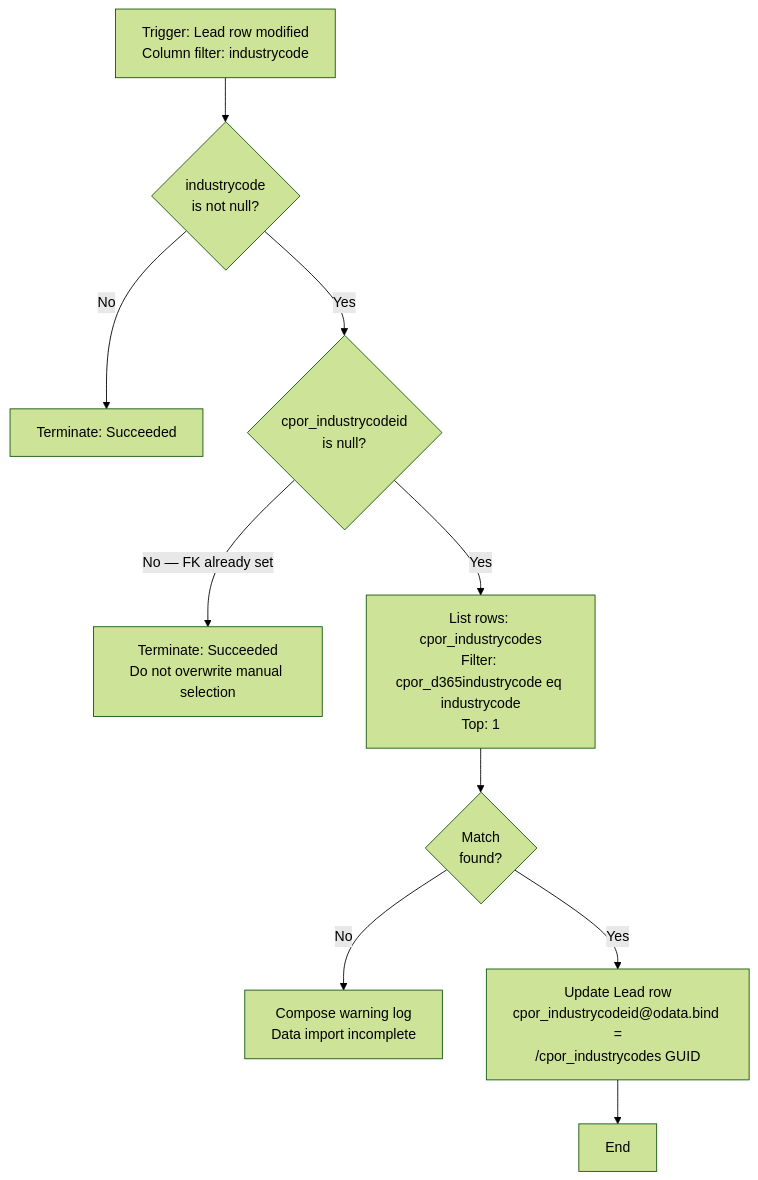
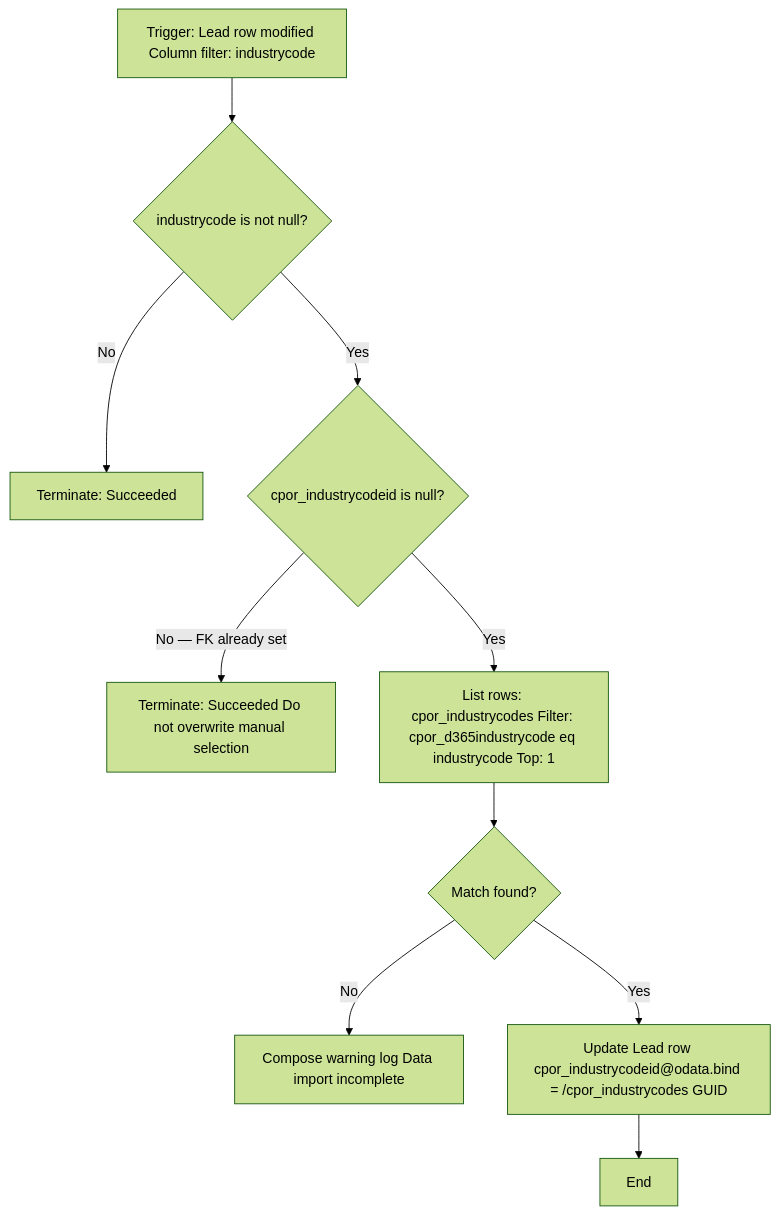
Before and after one commit to enewbold-devops/CPOR-Industry-Engagement: diagram 14 of 23 in README.md, drawn with Mermaid (forest theme). The commit also changed other lines of this file, not shown here.

````diff
--- a/README.md
+++ b/README.md
@@ -729,12 +735,12 @@
 ```mermaid
 flowchart TD
-    T[Trigger: Lead row modified\nColumn filter: industrycode] --> C1{industrycode\nis not null?}
+    T[Trigger: Lead row modified Column filter: industrycode] --> C1{industrycode is not null?}
     C1 -->|No| END1[Terminate: Succeeded]
-    C1 -->|Yes| C2{cpor_industrycodeid\nis null?}
-    C2 -->|No — FK already set| END2[Terminate: Succeeded\nDo not overwrite manual selection]
-    C2 -->|Yes| LK[List rows: cpor_industrycodes\nFilter: cpor_d365industrycode eq industrycode\nTop: 1]
-    LK --> C3{Match\nfound?}
-    C3 -->|No| WARN[Compose warning log\nData import incomplete]
-    C3 -->|Yes| UP[Update Lead row\ncpor_industrycodeid@odata.bind =\n/cpor_industrycodes GUID]
+    C1 -->|Yes| C2{cpor_industrycodeid is null?}
+    C2 -->|No — FK already set| END2[Terminate: Succeeded Do not overwrite manual selection]
+    C2 -->|Yes| LK[List rows: cpor_industrycodes Filter: cpor_d365industrycode eq industrycode Top: 1]
+    LK --> C3{Match found?}
+    C3 -->|No| WARN[Compose warning log Data import incomplete]
+    C3 -->|Yes| UP[Update Lead row cpor_industrycodeid@odata.bind = /cpor_industrycodes GUID]
     UP --> DONE[End]
 ```
````
